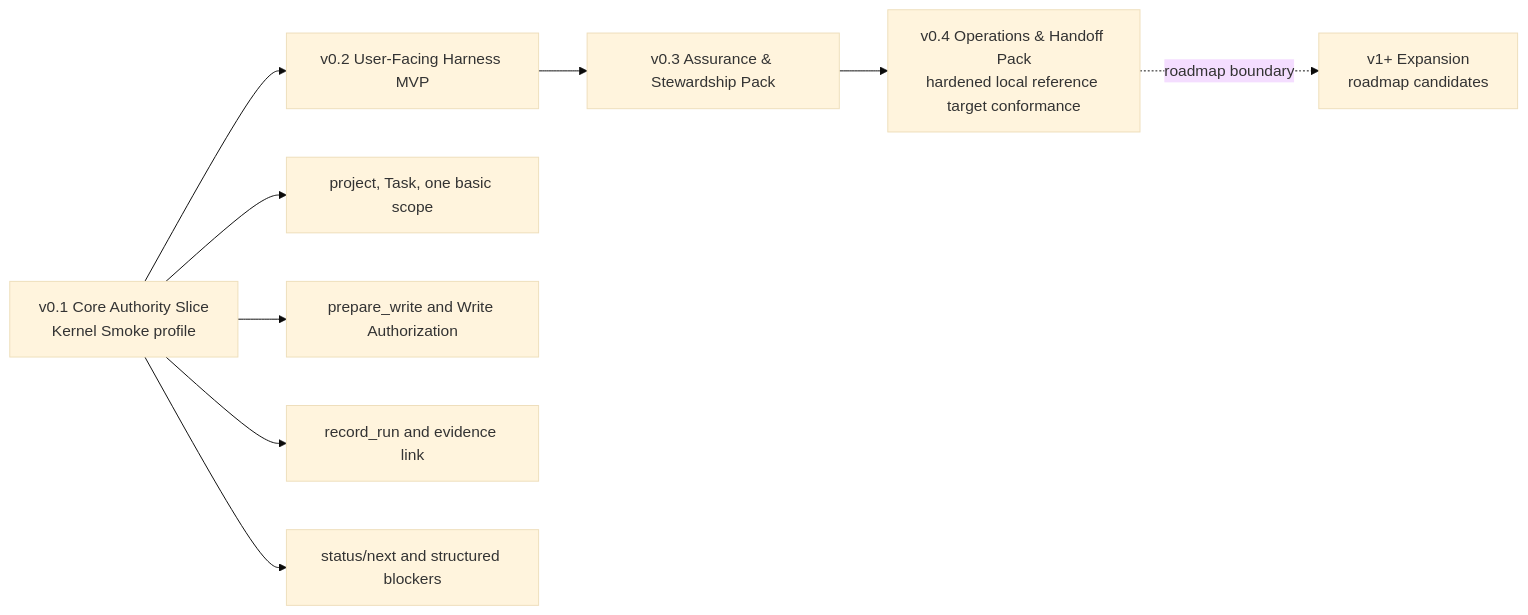
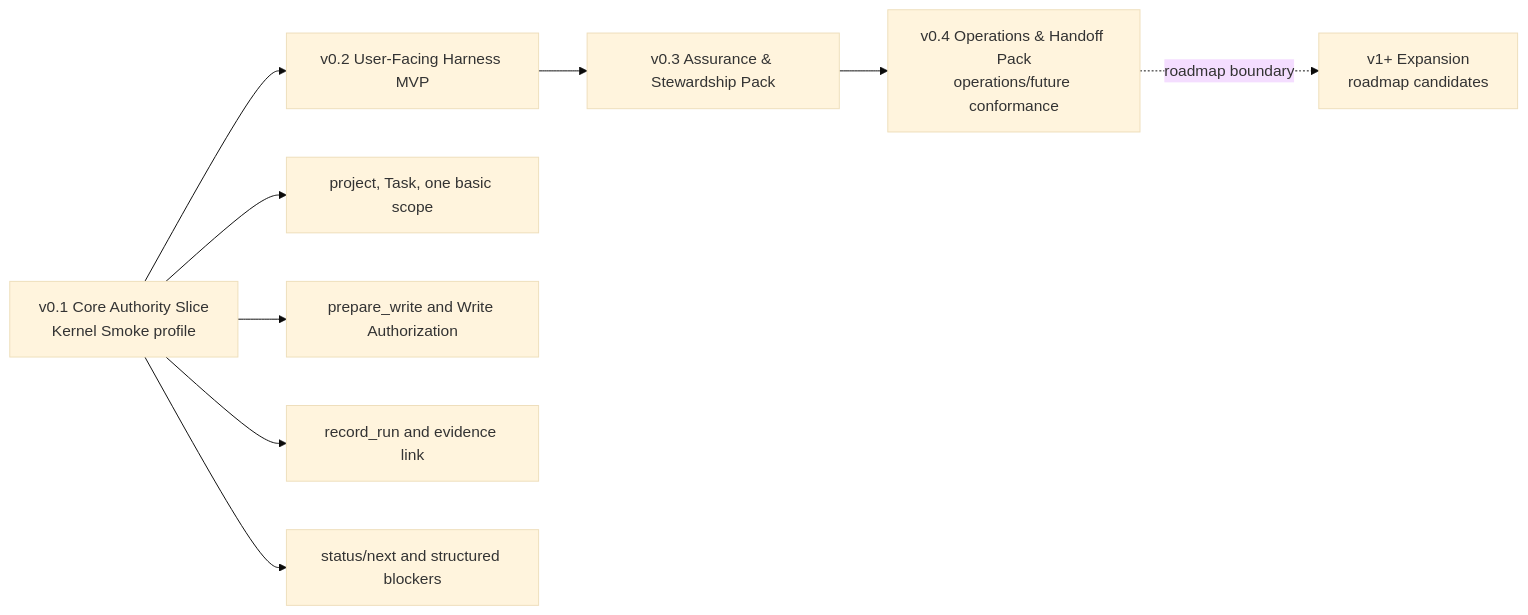
The second of 11 diagrams in docs/en/reference/operations-and-conformance.md (minjungw00/Harness_Project), drawn with Mermaid (base theme) before and after one commit. The commit also changed other lines of this file and 9 other files, not shown here.

Commit message:
docs: restage conformance fixtures for future implementation

````diff
--- a/docs/en/reference/operations-and-conformance.md
+++ b/docs/en/reference/operations-and-conformance.md
@@ -148,11 +148,11 @@
 ```mermaid
 flowchart LR
   Kernel["v0.1 Core Authority Slice<br/>Kernel Smoke profile"] --> Evidence["v0.2 User-Facing Harness MVP"]
   Evidence --> Agency["v0.3 Assurance & Stewardship Pack"]
-  Agency --> Ops["v0.4 Operations & Handoff Pack<br/>hardened local reference target conformance"]
+  Agency --> Ops["v0.4 Operations & Handoff Pack<br/>operations/future conformance"]
   Ops -. "roadmap boundary" .-> Expansion["v1+ Expansion<br/>roadmap candidates"]
   Kernel --> K1["project, Task, one basic scope"]
   Kernel --> K2["prepare_write and Write Authorization"]
   Kernel --> K3["record_run and evidence link"]
   Kernel --> K4["status/next and structured blockers"]
 ```
````
